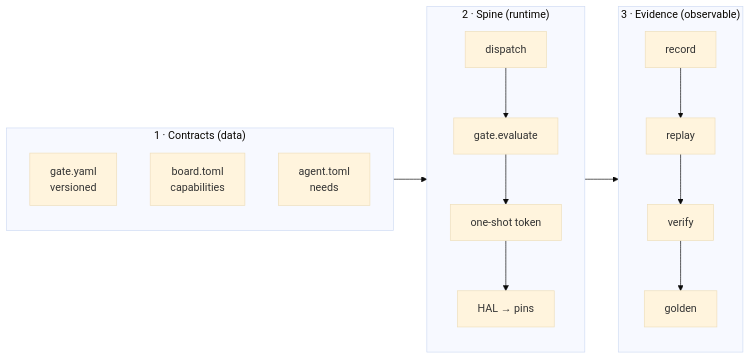
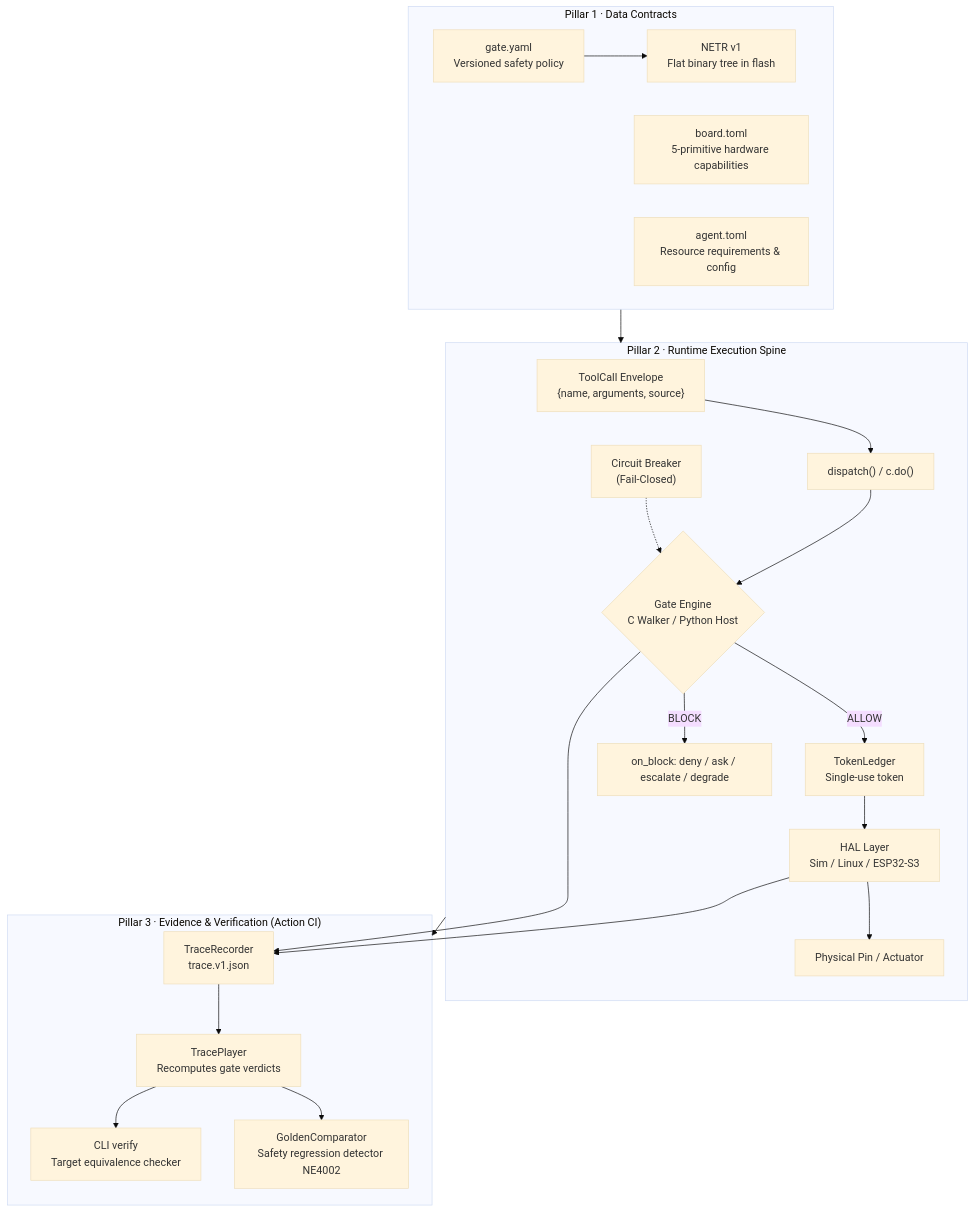
Before and after one commit to letrongminh/neuroedge-init: the diagram in docs/architecture/en/00-overview.md, drawn with Mermaid (base theme). The commit also changed other lines of this file and 35 other files, not shown here.

First line of the commit message:
docs(architecture): comprehensive upgrade of architecture suite, Mermaid diagrams and vector posters

````diff
--- a/docs/architecture/en/00-overview.md
+++ b/docs/architecture/en/00-overview.md
@@ -29,15 +38,40 @@
 ```mermaid
-flowchart LR
-    subgraph contracts["1 · Contracts (data)"]
-        G[gate.yaml<br/>versioned]
-        B[board.toml<br/>capabilities]
-        A[agent.toml<br/>needs]
+flowchart TB
+    subgraph pillar1["Pillar 1 · Data Contracts"]
+        G["gate.yaml<br/>Versioned safety policy"]
+        B["board.toml<br/>5-primitive hardware capabilities"]
+        A["agent.toml<br/>Resource requirements & config"]
+        N["NETR v1<br/>Flat binary tree in flash"]
+        G --> N
     end
-    subgraph spine["2 · Spine (runtime)"]
-        D[dispatch] --> E[gate.evaluate] --> T[one-shot token] --> H[HAL → pins]
+
+    subgraph pillar2["Pillar 2 · Runtime Execution Spine"]
+        TC["ToolCall Envelope<br/>{name, arguments, source}"]
+        DISP["dispatch() / c.do()"]
+        ENG{"Gate Engine<br/>C Walker / Python Host"}
+        CB["Circuit Breaker<br/>(Fail-Closed)"]
+        TL["TokenLedger<br/>Single-use token"]
+        HAL["HAL Layer<br/>Sim / Linux / ESP32-S3"]
+        PIN["Physical Pin / Actuator"]
+
+        TC --> DISP --> ENG
+        CB -.-> ENG
+        ENG -- "ALLOW" --> TL --> HAL --> PIN
+        ENG -- "BLOCK" --> OB["on_block: deny / ask / escalate / degrade"]
     end
-    subgraph evidence["3 · Evidence (observable)"]
-        R[record] --> P[replay] --> V[verify] --> GL[golden]
+
+    subgraph pillar3["Pillar 3 · Evidence & Verification (Action CI)"]
+        REC["TraceRecorder<br/>trace.v1.json"]
+        PLAY["TracePlayer<br/>Recomputes gate verdicts"]
+        VER["CLI verify<br/>Target equivalence checker"]
+        GOLD["GoldenComparator<br/>Safety regression detector NE4002"]
+
+        ENG --> REC
+        HAL --> REC
+        REC --> PLAY --> GOLD
+        PLAY --> VER
     end
-    contracts --> spine --> evidence
+
+    pillar1 --> pillar2
+    pillar2 --> pillar3
 ```
````
